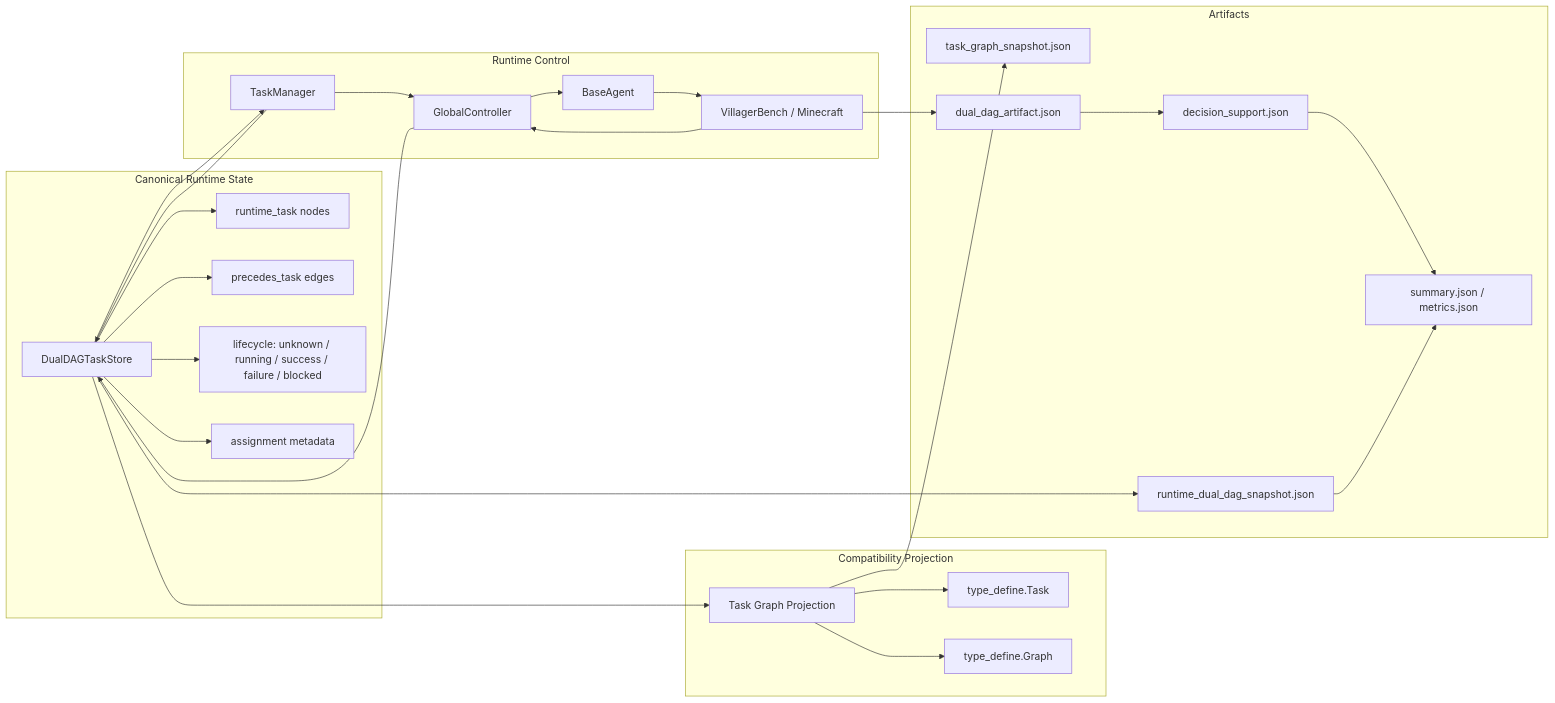
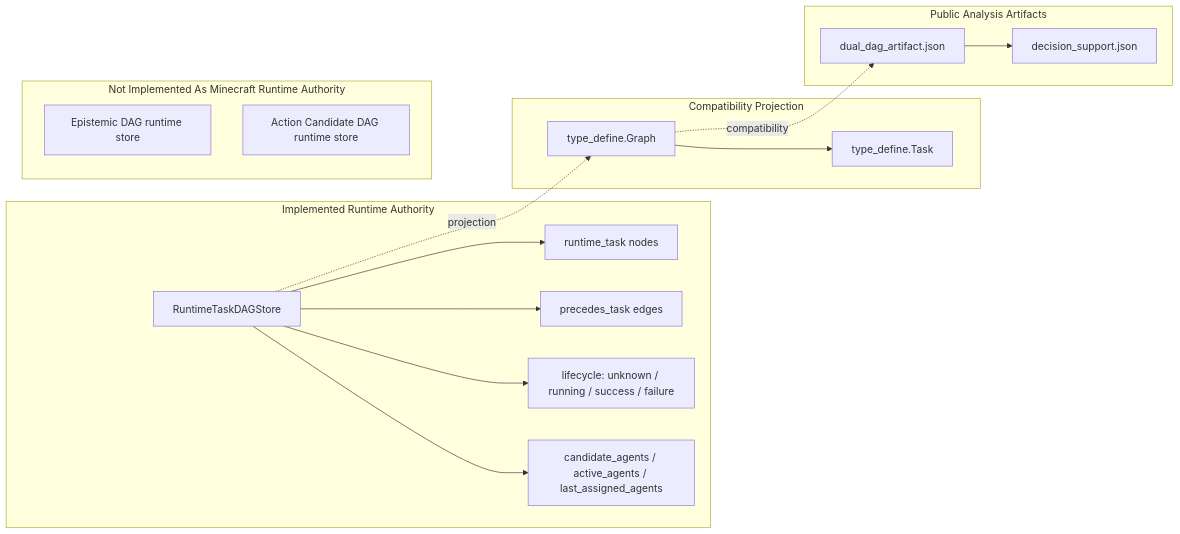
The second of 6 diagrams in docs/architecture.md (uPiscium/VillagerAgent), drawn with Mermaid before and after one commit. The commit also changed other lines of this file and 8 other files, not shown here.

Commit message:
Document runtime task DAG boundaries (#274)

````diff
--- a/docs/architecture.md
+++ b/docs/architecture.md
@@ -39,49 +38,30 @@
 ```mermaid
 flowchart LR
-    subgraph Canonical[Canonical Runtime State]
-        D[DualDAGTaskStore]
-        D --> T[runtime_task nodes]
-        D --> E[precedes_task edges]
-        D --> S[lifecycle: unknown / running / success / failure / blocked]
-        D --> A[assignment metadata]
+    subgraph TaskRuntime[Implemented Runtime Authority]
+        RTS[RuntimeTaskDAGStore]
+        RTS --> T[runtime_task nodes]
+        RTS --> E[precedes_task edges]
+        RTS --> L[lifecycle: unknown / running / success / failure]
+        RTS --> A[candidate_agents / active_agents / last_assigned_agents]
     end
 
-    subgraph Compatibility[Compatibility Projection]
-        G[Task Graph Projection]
-        TSK[type_define.Task]
-        GR[type_define.Graph]
-        G --> TSK
-        G --> GR
+    subgraph Projection[Compatibility Projection]
+        GP[type_define.Graph]
+        TK[type_define.Task]
+        GP --> TK
     end
 
-    subgraph Control[Runtime Control]
-        TM[TaskManager]
-        GC[GlobalController]
-        BA[BaseAgent]
-        ENV[VillagerBench / Minecraft]
+    subgraph Analysis[Public Analysis Artifacts]
+        MDA[dual_dag_artifact.json]
+        DSS[decision_support.json]
     end
 
-    TM --> D
-    D --> TM
-    D --> G
-    TM --> GC
-    GC --> D
-    GC --> BA
-    BA --> ENV
-    ENV --> GC
-
-    subgraph Artifacts[Artifacts]
-        RDS[runtime_dual_dag_snapshot.json]
-        TGS[task_graph_snapshot.json]
-        DDS[dual_dag_artifact.json]
-        DS[decision_support.json]
-        SUM[summary.json / metrics.json]
+    subgraph Future[Not Implemented As Minecraft Runtime Authority]
+        ED[Epistemic DAG runtime store]
+        AD[Action Candidate DAG runtime store]
     end
 
-    D --> RDS
-    G --> TGS
-    ENV --> DDS
-    DDS --> DS
-    DS --> SUM
-    RDS --> SUM
+    RTS -. projection .-> GP
+    GP -. compatibility .-> MDA
+    MDA --> DSS
 ```
````
